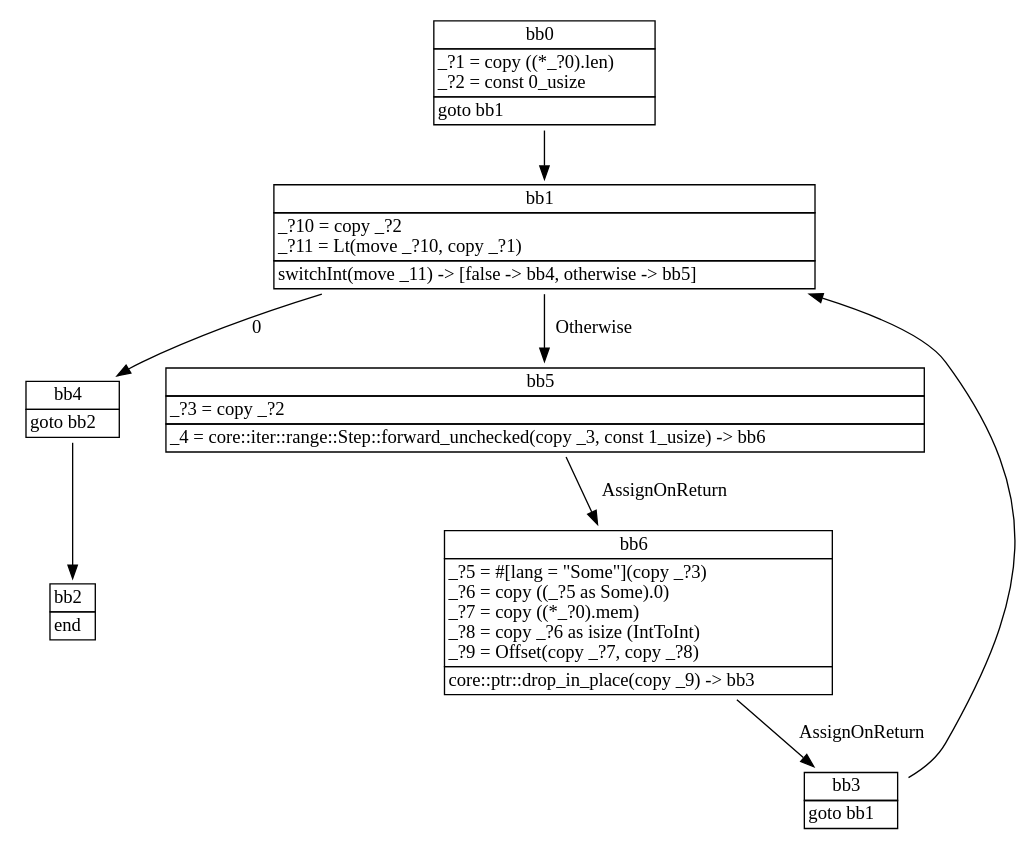
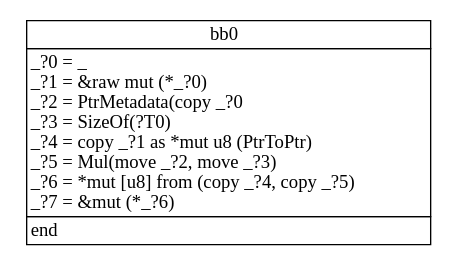
Before and after one commit to stuuupidcat/RPL: the diagram in crates/rpl_graphviz/graphs/cve_2018_21000_pat_cfg.dot, drawn with Graphviz. The commit also changed 8 other files, not shown here.

```diff
--- a/crates/rpl_graphviz/graphs/cve_2018_21000_pat_cfg.dot
+++ b/crates/rpl_graphviz/graphs/cve_2018_21000_pat_cfg.dot
@@ -1,16 +1,3 @@
 digraph name {
-    bb0 [shape="none", label=<<table border="0" cellborder="1" cellspacing="0"><tr><td  align="center" colspan="1">bb0</td></tr><tr><td align="left" balign="left">_?1 = copy ((*_?0).len)<br/>_?2 = const 0_usize<br/></td></tr><tr><td align="left">goto bb1</td></tr></table>>];
-    bb1 [shape="none", label=<<table border="0" cellborder="1" cellspacing="0"><tr><td  align="center" colspan="1">bb1</td></tr><tr><td align="left" balign="left">_?10 = copy _?2<br/>_?11 = Lt(move _?10, copy _?1)<br/></td></tr><tr><td align="left">switchInt(move _11) -&gt; [false -&gt; bb4, otherwise -&gt; bb5]</td></tr></table>>];
-    bb2 [shape="none", label=<<table border="0" cellborder="1" cellspacing="0"><tr><td  align="center" colspan="1">bb2</td></tr><tr><td align="left">end</td></tr></table>>];
-    bb3 [shape="none", label=<<table border="0" cellborder="1" cellspacing="0"><tr><td  align="center" colspan="1">bb3</td></tr><tr><td align="left">goto bb1</td></tr></table>>];
-    bb4 [shape="none", label=<<table border="0" cellborder="1" cellspacing="0"><tr><td  align="center" colspan="1">bb4</td></tr><tr><td align="left">goto bb2</td></tr></table>>];
-    bb5 [shape="none", label=<<table border="0" cellborder="1" cellspacing="0"><tr><td  align="center" colspan="1">bb5</td></tr><tr><td align="left" balign="left">_?3 = copy _?2<br/></td></tr><tr><td align="left">_4 = core::iter::range::Step::forward_unchecked(copy _3, const 1_usize) -&gt; bb6</td></tr></table>>];
-    bb6 [shape="none", label=<<table border="0" cellborder="1" cellspacing="0"><tr><td  align="center" colspan="1">bb6</td></tr><tr><td align="left" balign="left">_?5 = #[lang = &quot;Some&quot;](copy _?3)<br/>_?6 = copy ((_?5 as Some).0)<br/>_?7 = copy ((*_?0).mem)<br/>_?8 = copy _?6 as isize (IntToInt)<br/>_?9 = Offset(copy _?7, copy _?8)<br/></td></tr><tr><td align="left">core::ptr::drop_in_place(copy _9) -&gt; bb3</td></tr></table>>];
-    bb0 -> bb1 [label=""];
-    bb1 -> bb4 [label="0"];
-    bb1 -> bb5 [label="Otherwise"];
-    bb3 -> bb1 [label=""];
-    bb4 -> bb2 [label=""];
-    bb5 -> bb6 [label="AssignOnReturn"];
-    bb6 -> bb3 [label="AssignOnReturn"];
+    bb0 [shape="none", label=<<table border="0" cellborder="1" cellspacing="0"><tr><td  align="center" colspan="1">bb0</td></tr><tr><td align="left" balign="left">_?0 = _<br/>_?1 = &amp;raw mut (*_?0)<br/>_?2 = PtrMetadata(copy _?0<br/>_?3 = SizeOf(?T0)<br/>_?4 = copy _?1 as *mut u8 (PtrToPtr)<br/>_?5 = Mul(move _?2, move _?3)<br/>_?6 = *mut [u8] from (copy _?4, copy _?5)<br/>_?7 = &amp;mut (*_?6)<br/></td></tr><tr><td align="left">end</td></tr></table>>];
 }
```
